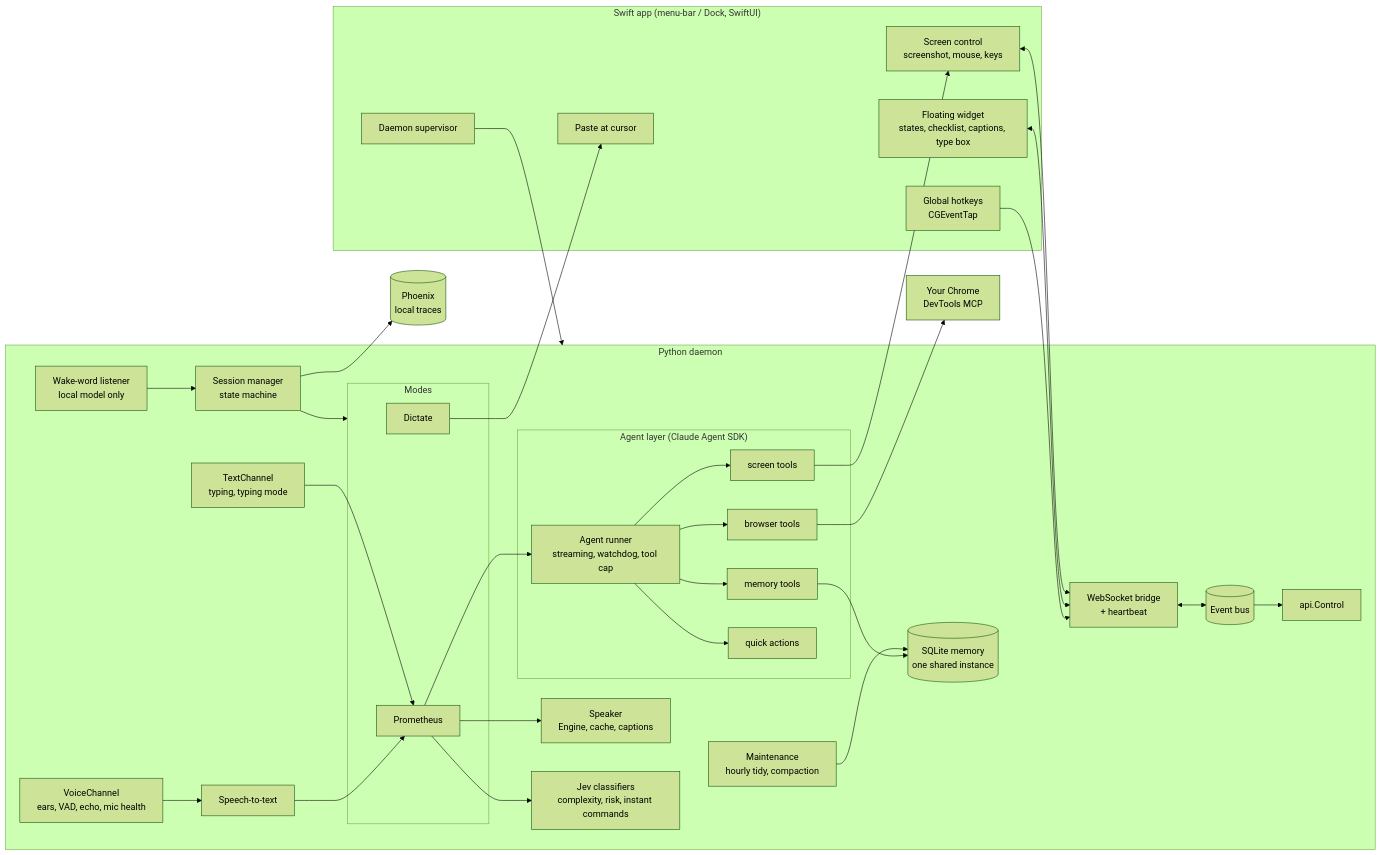
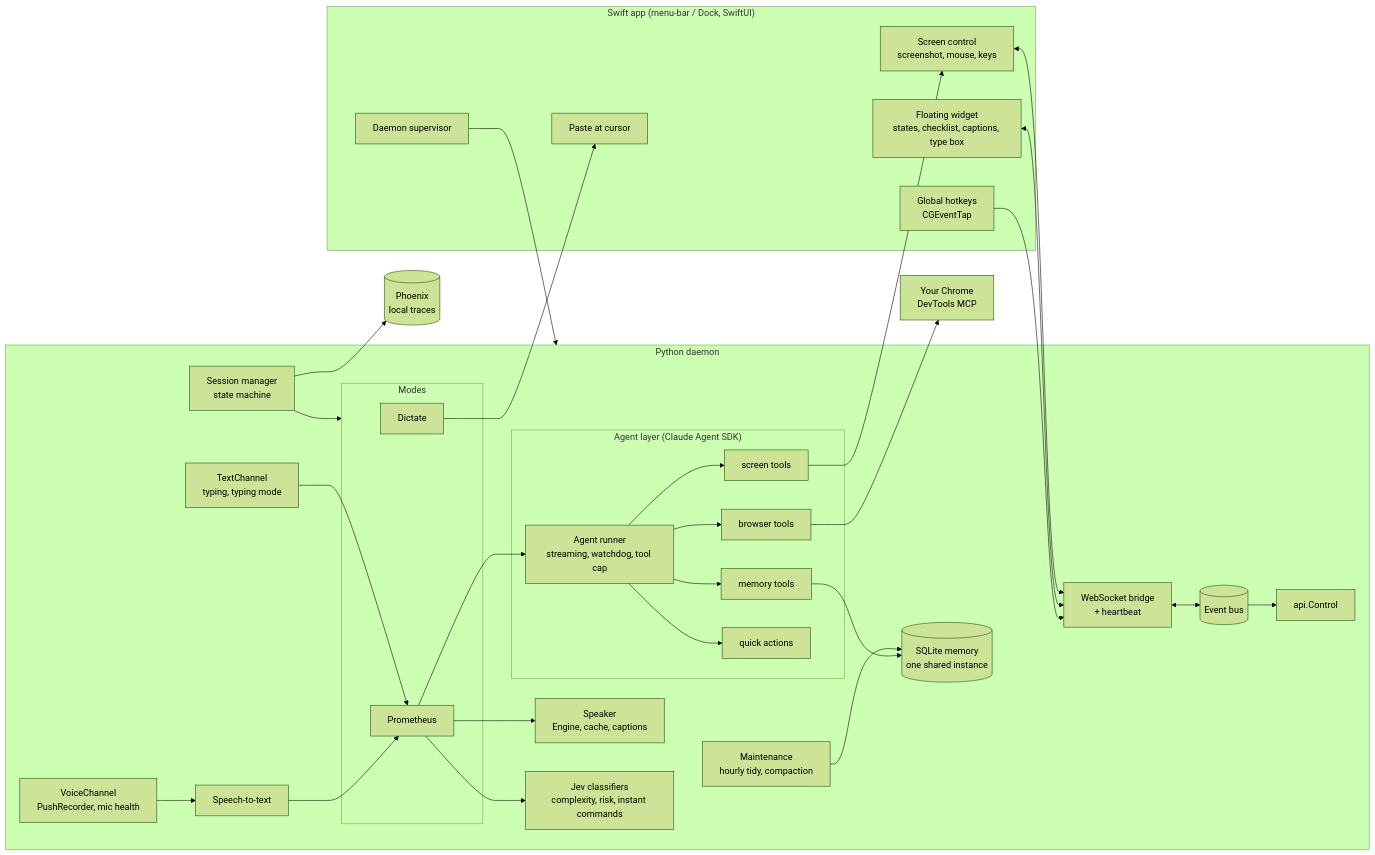
One commit to siddh30/prometheus-voice-control changed the second of 14 diagrams in DESIGN.md. Above: the diagram before and after it, drawn with Mermaid (forest theme). The commit also changed other lines of this file and 44 other files, not shown here.

First line of the commit message:
Push-to-talk Prometheus: F10 records, F10 sends; no wake word, no always-on listening

````diff
--- a/DESIGN.md
+++ b/DESIGN.md
@@ -86,60 +86,58 @@
 ```mermaid
 flowchart LR
     subgraph App["Swift app (menu-bar / Dock, SwiftUI)"]
         HK[Global hotkeys<br/>CGEventTap]
         UI[Floating widget<br/>states, checklist, captions, type box]
         SC[Screen control<br/>screenshot, mouse, keys]
         PASTE[Paste at cursor]
         SUP[Daemon supervisor]
     end
 
     subgraph Daemon["Python daemon"]
         BUS[(Event bus)]
         WS[WebSocket bridge<br/>+ heartbeat]
         CTRL[api.Control]
         SM[Session manager<br/>state machine]
-        VOICE[VoiceChannel<br/>ears, VAD, echo, mic health]
+        VOICE[VoiceChannel<br/>PushRecorder, mic health]
         TEXT[TextChannel<br/>typing, typing mode]
         STT[Speech-to-text]
         TTS[Speaker<br/>Engine, cache, captions]
-        WAKE[Wake-word listener<br/>local model only]
         subgraph Modes
             DICT[Dictate]
             PROM[Prometheus]
         end
         subgraph AgentLayer["Agent layer (Claude Agent SDK)"]
             RUN[Agent runner<br/>streaming, watchdog, tool cap]
             BT[browser tools]
             ST[screen tools]
             MT[memory tools]
             AT[quick actions]
         end
         MEM[(SQLite memory<br/>one shared instance)]
         MAINT[Maintenance<br/>hourly tidy, compaction]
         JEV[Jev classifiers<br/>complexity, risk, instant commands]
     end
 
     CH[Your Chrome<br/>DevTools MCP]
     PH[(Phoenix<br/>local traces)]
 
     HK --> WS
     UI <--> WS
     SC <--> WS
     WS <--> BUS
     BUS --> CTRL
     SUP --> Daemon
     SM --> Modes
     VOICE --> STT --> PROM
     TEXT --> PROM
-    WAKE --> SM
     PROM --> JEV
     PROM --> RUN
     RUN --> BT --> CH
     RUN --> ST --> SC
     RUN --> MT --> MEM
     RUN --> AT
     PROM --> TTS
     DICT --> PASTE
     MAINT --> MEM
     SM --> PH
 ```
````
